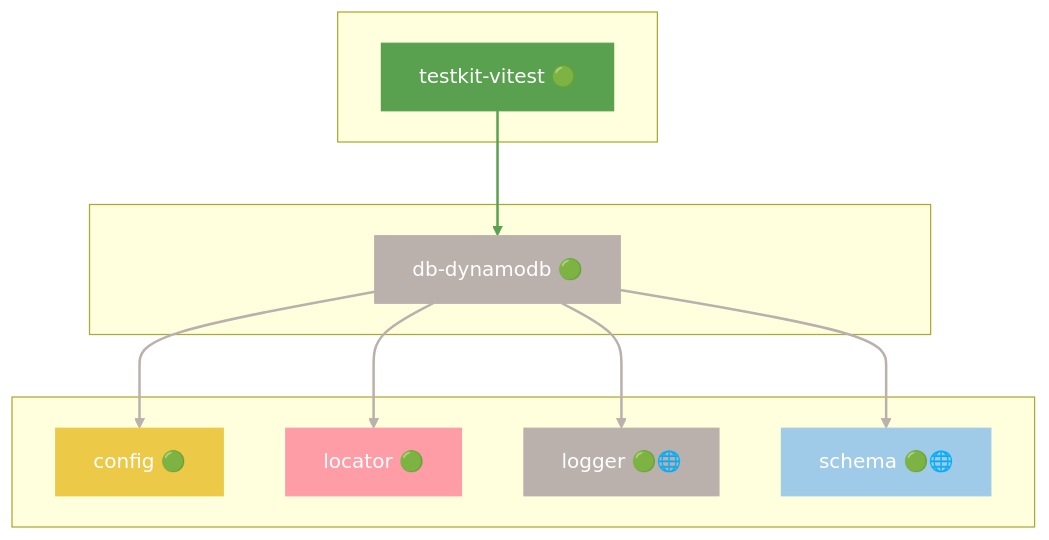
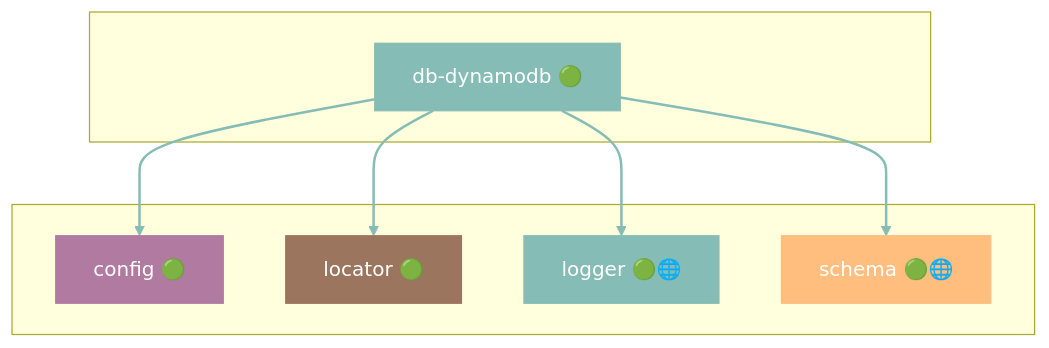
Before and after one commit to grest-ts/grest-ts: diagram 12 of 46 in docs/DEPENDENCIES.md, drawn with Mermaid. The commit also changed other lines of this file and 59 other files, not shown here.

````diff
--- a/docs/DEPENDENCIES.md
+++ b/docs/DEPENDENCIES.md
@@ -727,31 +749,25 @@
 ```mermaid
 flowchart TB
-    subgraph Dependents[" "]
-        testkit-vitest["testkit-vitest 🟢"]
-    end
     subgraph Package[" "]
         db-dynamodb["db-dynamodb 🟢"]
     end
     subgraph Dependencies[" "]
         config["config 🟢"]
         locator["locator 🟢"]
         logger["logger 🟢🌐"]
         schema["schema 🟢🌐"]
     end
-    testkit-vitest --> db-dynamodb
     db-dynamodb --> config
     db-dynamodb --> locator
     db-dynamodb --> logger
     db-dynamodb --> schema
-    style db-dynamodb fill:#BAB0AC,stroke:#BAB0AC,color:#fff
-    style testkit-vitest fill:#59A14F,stroke:#59A14F,color:#fff
-    style config fill:#EDC948,stroke:#EDC948,color:#fff
-    style locator fill:#FF9DA7,stroke:#FF9DA7,color:#fff
-    style logger fill:#BAB0AC,stroke:#BAB0AC,color:#fff
-    style schema fill:#A0CBE8,stroke:#A0CBE8,color:#fff
-    linkStyle 0 stroke:#59A14F,stroke-width:2px
-    linkStyle 1 stroke:#BAB0AC,stroke-width:2px
-    linkStyle 2 stroke:#BAB0AC,stroke-width:2px
-    linkStyle 3 stroke:#BAB0AC,stroke-width:2px
-    linkStyle 4 stroke:#BAB0AC,stroke-width:2px
+    style db-dynamodb fill:#86BCB6,stroke:#86BCB6,color:#fff
+    style config fill:#B07AA1,stroke:#B07AA1,color:#fff
+    style locator fill:#9C755F,stroke:#9C755F,color:#fff
+    style logger fill:#86BCB6,stroke:#86BCB6,color:#fff
+    style schema fill:#FFBE7D,stroke:#FFBE7D,color:#fff
+    linkStyle 0 stroke:#86BCB6,stroke-width:2px
+    linkStyle 1 stroke:#86BCB6,stroke-width:2px
+    linkStyle 2 stroke:#86BCB6,stroke-width:2px
+    linkStyle 3 stroke:#86BCB6,stroke-width:2px
 ```
````
